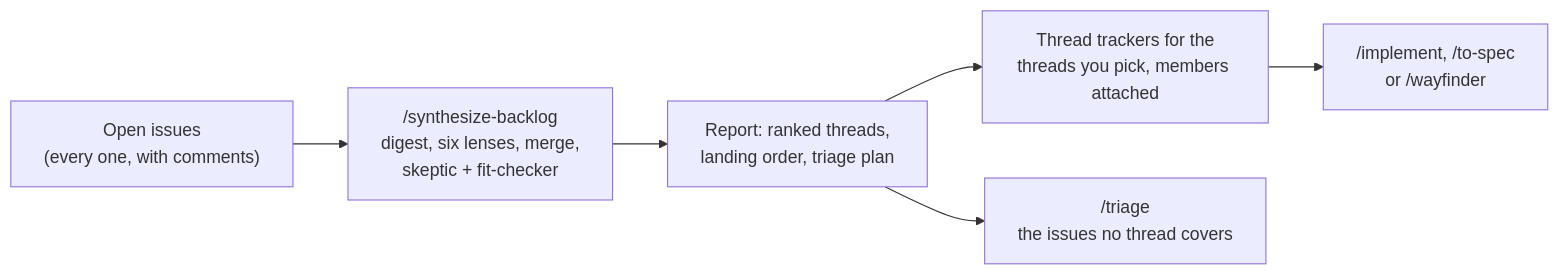
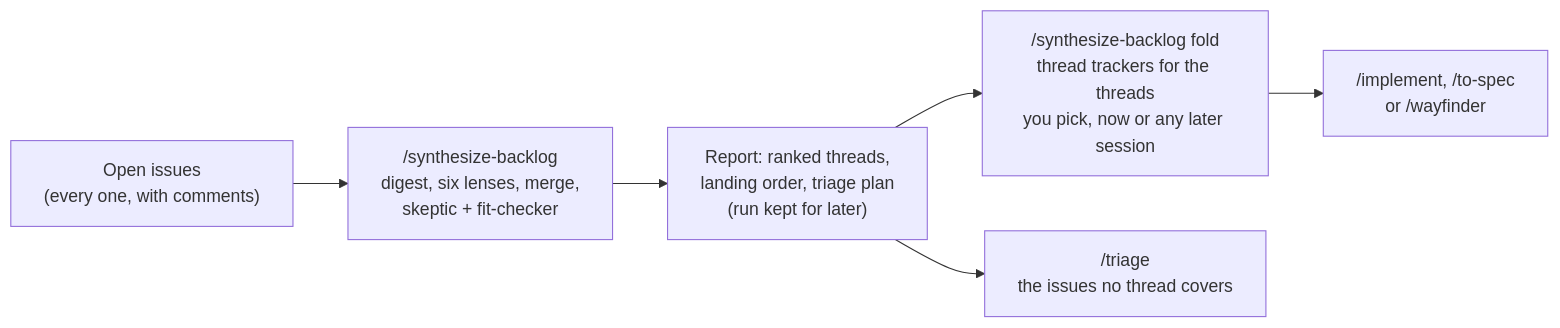
Before and after one commit to jrey8343/skills: the sixth of 6 diagrams in docs/WORKFLOWS.md, drawn with Mermaid. The commit also changed other lines of this file and 6 other files, not shown here.

Commit message:
synthesize-backlog: fold mode, and runs kept for later sessions (#4)

````diff
--- a/docs/WORKFLOWS.md
+++ b/docs/WORKFLOWS.md
@@ -94,8 +94,8 @@
 ```mermaid
 flowchart LR
   BL["Open issues<br/>(every one, with comments)"] --> SB["/synthesize-backlog<br/>digest, six lenses, merge,<br/>skeptic + fit-checker"]
-  SB --> REP["Report: ranked threads,<br/>landing order, triage plan"]
-  REP --> TRK["Thread trackers for the<br/>threads you pick, members attached"]
+  SB --> REP["Report: ranked threads,<br/>landing order, triage plan<br/>(run kept for later)"]
+  REP --> TRK["/synthesize-backlog fold<br/>thread trackers for the threads<br/>you pick, now or any later session"]
   TRK --> ENTRY["/implement, /to-spec<br/>or /wayfinder"]
   REP --> TRI["/triage<br/>the issues no thread covers"]
 ```
````
